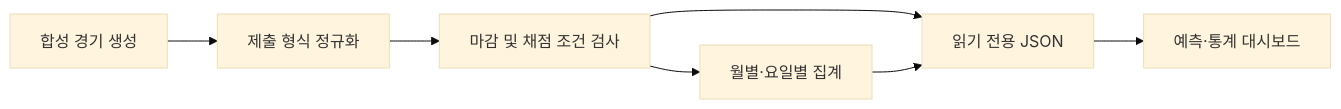
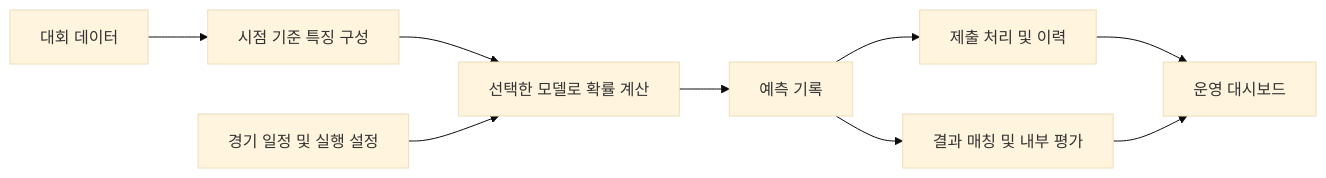
One commit to jinwon25/KBO-predictor changed the diagram in README.md. Above: the diagram before and after it, drawn with Mermaid (base theme). The commit also changed other lines of this file and 3 other files, not shown here.

````diff
--- a/README.md
+++ b/README.md
@@ -35,9 +53,11 @@
 ```mermaid
 flowchart LR
-    A[합성 경기 생성] --> B[제출 형식 정규화]
-    B --> C[마감 및 채점 조건 검사]
-    C --> D[월별·요일별 집계]
-    C --> E[읽기 전용 JSON]
-    D --> E
-    E --> F[예측·통계 대시보드]
+    A[대회 데이터] --> B[시점 기준 특징 구성]
+    B --> C[선택한 모델로 확률 계산]
+    D[경기 일정 및 실행 설정] --> C
+    C --> E[예측 기록]
+    E --> F[제출 처리 및 이력]
+    E --> G[결과 매칭 및 내부 평가]
+    F --> H[운영 대시보드]
+    G --> H
 ```
````
